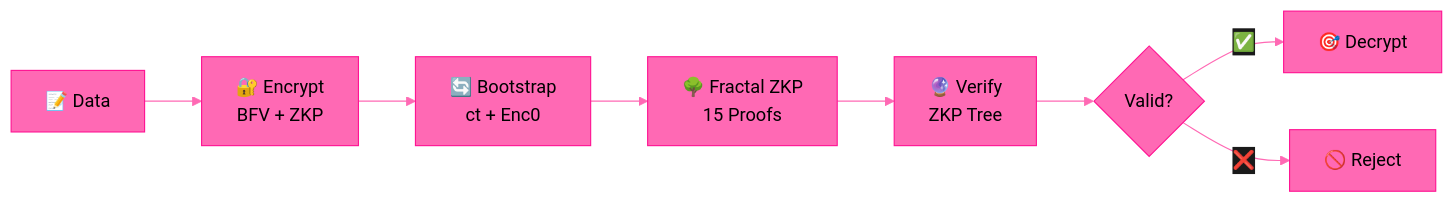
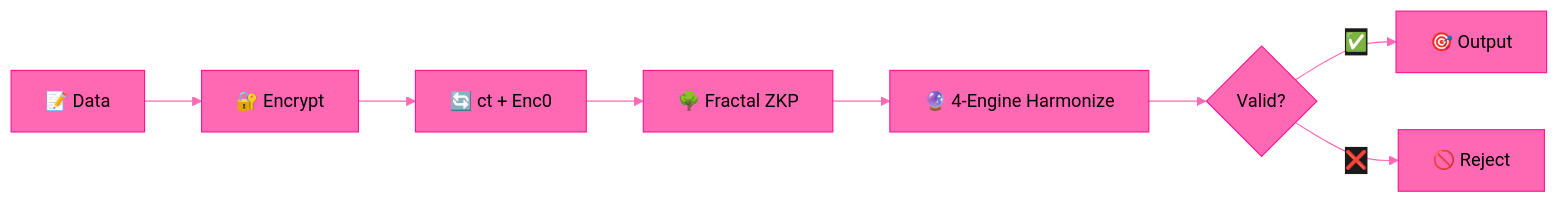
One commit to primordialomegazero/BeyondYourComprehensionFHE changed the second of 2 diagrams in README.md. Above: the diagram before and after it, drawn with Mermaid. The commit also changed other lines of this file, not shown here.

Commit message:
B6 HYDRA v6.0 README: 4-Engine Harmonization + 6 Theorems + Honest Limitations

````diff
--- a/README.md
+++ b/README.md
@@ -47,20 +53,20 @@
 ```mermaid
 %%{init: {'theme': 'base', 'themeVariables': { 'primaryColor': '#ff69b4', 'primaryTextColor': '#000000', 'primaryBorderColor': '#ff1493', 'lineColor': '#ff69b4', 'tertiaryColor': '#1a1a1a', 'background': '#1a1a1a', 'mainBkg': '#1a1a1a', 'nodeBorder': '#ff69b4', 'clusterBkg': '#1a1a1a', 'clusterBorder': '#ff69b4', 'titleColor': '#ff69b4', 'edgeLabelBackground': '#1a1a1a', 'nodeTextColor': '#000000'}}}%%
 flowchart LR
-    A[📝 Data] --> B[🔐 Encrypt<br/>BFV + ZKP]
-    B --> C[🔄 Bootstrap<br/>ct + Enc0]
-    C --> D[🌳 Fractal ZKP<br/>15 Proofs]
-    D --> E[🔮 Verify<br/>ZKP Tree]
+    A[📝 Data] --> B[🔐 Encrypt]
+    B --> C[🔄 ct + Enc0]
+    C --> D[🌳 Fractal ZKP]
+    D --> E[🔮 4-Engine Harmonize]
     E --> F{Valid?}
-    F -->|✅| G[🎯 Decrypt]
+    F -->|✅| G[🎯 Output]
     F -->|❌| H[🚫 Reject]
     
     style A fill:#ff69b4,stroke:#ff1493,color:#000000
     style B fill:#ff69b4,stroke:#ff1493,color:#000000
     style C fill:#ff69b4,stroke:#ff1493,color:#000000
     style D fill:#ff69b4,stroke:#ff1493,color:#000000
     style E fill:#ff69b4,stroke:#ff1493,color:#000000
     style F fill:#ff69b4,stroke:#ff1493,color:#000000
     style G fill:#ff69b4,stroke:#ff1493,color:#000000
     style H fill:#ff69b4,stroke:#ff1493,color:#000000
 ```
````
